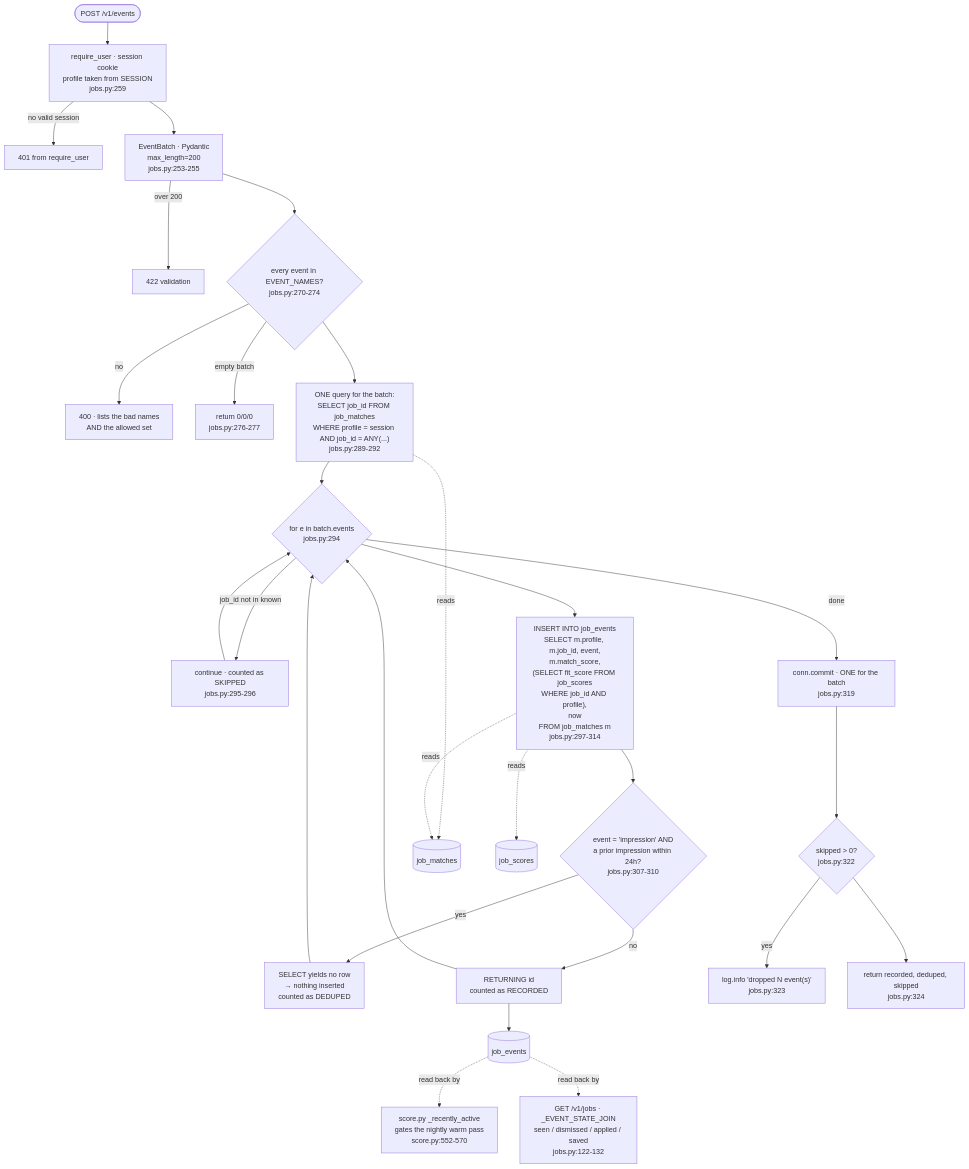
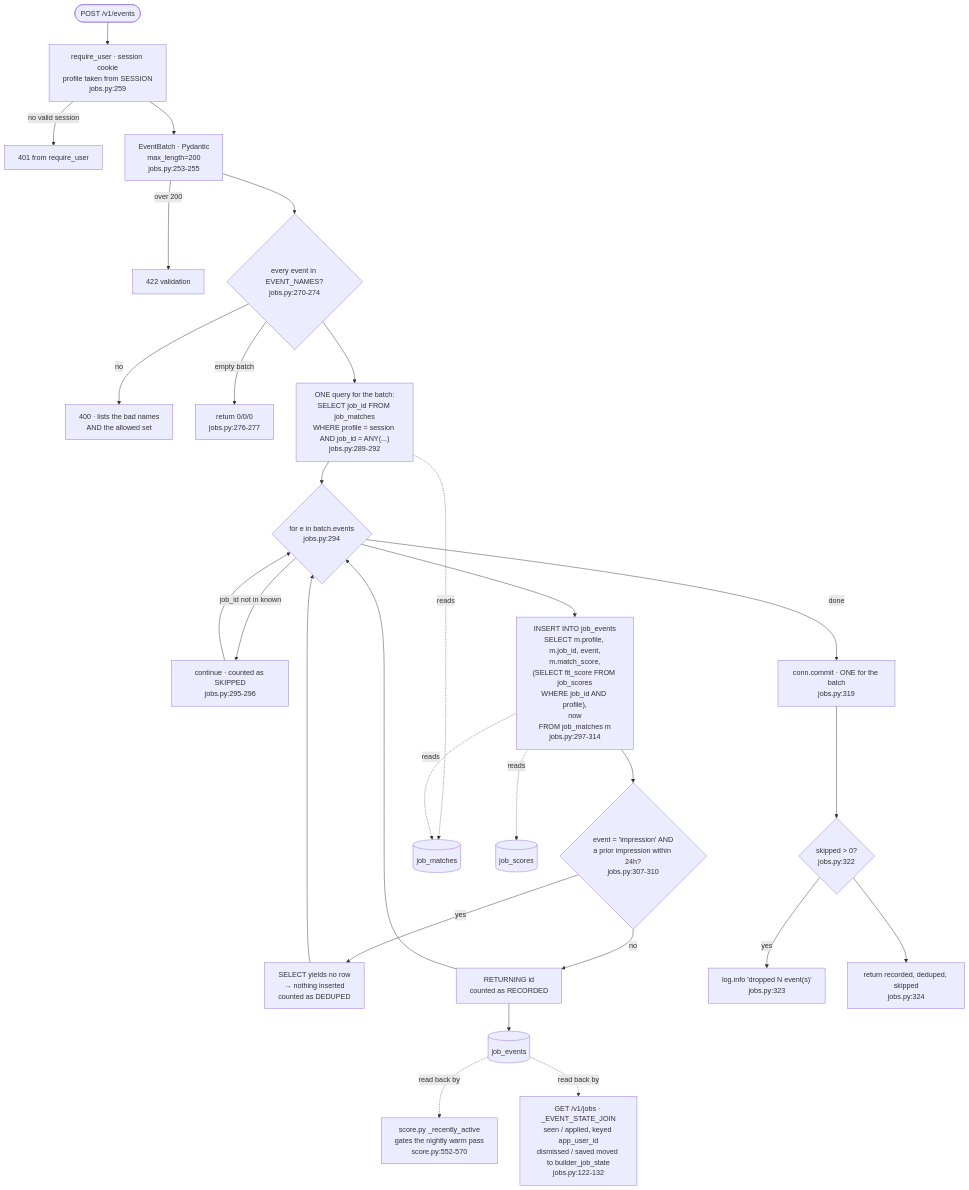
The diagram in docs/ingest/engagement-events.md (liueric-dev/jobs), drawn with Mermaid before and after one commit. The commit also changed other lines of this file and 6 other files, not shown here.

````diff
--- a/docs/ingest/engagement-events.md
+++ b/docs/ingest/engagement-events.md
@@ -186,33 +223,33 @@
 ```mermaid
 flowchart TD
     START([POST /v1/events]) --> AUTH["require_user · session cookie<br/>profile taken from SESSION<br/>jobs.py:259"]
     AUTH -->|"no valid session"| E401["401 from require_user"]
     AUTH --> MODEL["EventBatch · Pydantic<br/>max_length=200<br/>jobs.py:253-255"]
     MODEL -->|"over 200"| E422["422 validation"]
     MODEL --> NAMES{"every event in EVENT_NAMES?<br/>jobs.py:270-274"}
     NAMES -->|"no"| E400["400 · lists the bad names<br/>AND the allowed set"]
     NAMES -->|"empty batch"| ZERO["return 0/0/0<br/>jobs.py:276-277"]
 
     NAMES --> KNOWN["ONE query for the batch:<br/>SELECT job_id FROM job_matches<br/>WHERE profile = session AND job_id = ANY(...)<br/>jobs.py:289-292"]
     KNOWN --> ELOOP{"for e in batch.events<br/>jobs.py:294"}
     ELOOP -->|"job_id not in known"| SKIP["continue · counted as SKIPPED<br/>jobs.py:295-296"]
     ELOOP --> INS["INSERT INTO job_events<br/>SELECT m.profile, m.job_id, event,<br/>m.match_score,<br/>(SELECT fit_score FROM job_scores<br/>WHERE job_id AND profile),<br/>now<br/>FROM job_matches m<br/>jobs.py:297-314"]
 
     INS --> DEDUP{"event = 'impression' AND<br/>a prior impression within 24h?<br/>jobs.py:307-310"}
     DEDUP -->|"yes"| NOROW["SELECT yields no row<br/>→ nothing inserted<br/>counted as DEDUPED"]
     DEDUP -->|"no"| ROW["RETURNING id<br/>counted as RECORDED"]
     NOROW & ROW & SKIP --> ELOOP
 
     ELOOP -->|"done"| COMMIT["conn.commit · ONE for the batch<br/>jobs.py:319"]
     COMMIT --> LOG{"skipped > 0?<br/>jobs.py:322"}
     LOG -->|"yes"| WARN["log.info 'dropped N event(s)'<br/>jobs.py:323"]
     LOG --> RESP["return recorded, deduped, skipped<br/>jobs.py:324"]
 
     ROW --> EV[("job_events")]
     KNOWN -.reads.-> M[("job_matches")]
     INS -.reads.-> M
     INS -.reads.-> S[("job_scores")]
 
     EV -.read back by.-> SC["score.py _recently_active<br/>gates the nightly warm pass<br/>score.py:552-570"]
-    EV -.read back by.-> LIST["GET /v1/jobs · _EVENT_STATE_JOIN<br/>seen / dismissed / applied / saved<br/>jobs.py:122-132"]
+    EV -.read back by.-> LIST["GET /v1/jobs · _EVENT_STATE_JOIN<br/>seen / applied, keyed app_user_id<br/>dismissed / saved moved to builder_job_state<br/>jobs.py:122-132"]
 ```
````
